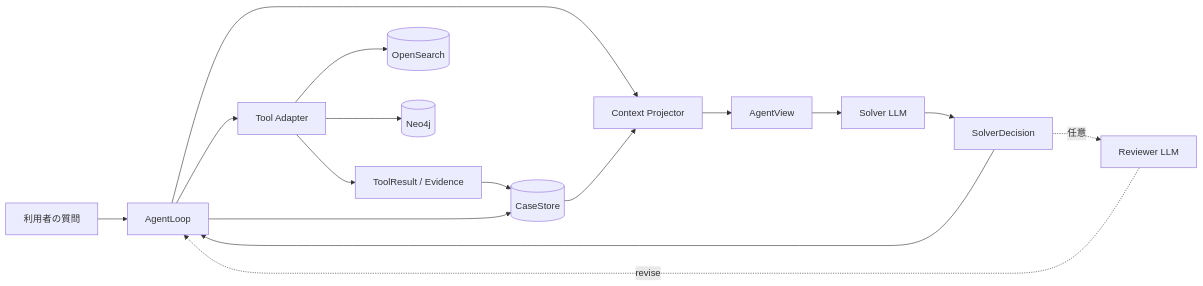
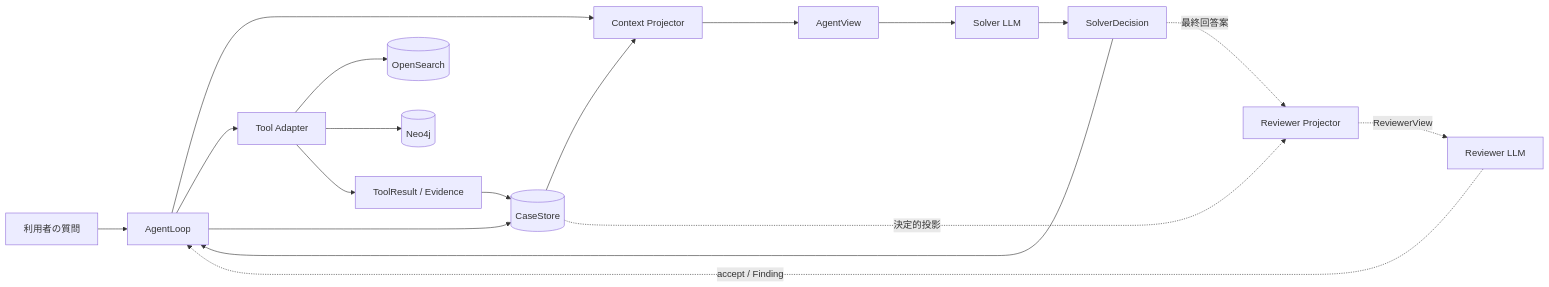
Before and after one commit to Noriaki-4/local-rag-poc-law: the first of 12 diagrams in docs/generic_iterative_agent_framework_plan_visual.md, drawn with Mermaid. The commit also changed other lines of this file and 19 other files, not shown here.

Commit message:
Define reviewer view and revision handoff

````diff
--- a/docs/generic_iterative_agent_framework_plan_visual.md
+++ b/docs/generic_iterative_agent_framework_plan_visual.md
@@ -14,18 +14,20 @@
 ```mermaid
 flowchart LR
     U[利用者の質問] --> L[AgentLoop]
     L --> P[Context Projector]
     S[(CaseStore)] --> P
     P --> V[AgentView]
     V --> A[Solver LLM]
     A --> D[SolverDecision]
     D --> L
     L --> T[Tool Adapter]
     T --> OS[(OpenSearch)]
     T --> N[(Neo4j)]
     T --> R[ToolResult / Evidence]
     R --> S
     L --> S
-    D -. 任意 .-> RV[Reviewer LLM]
-    RV -. revise .-> L
+    D -. 最終回答案 .-> RP[Reviewer Projector]
+    S -. 決定的投影 .-> RP
+    RP -. ReviewerView .-> RV[Reviewer LLM]
+    RV -. accept / Finding .-> L
 ```
````
